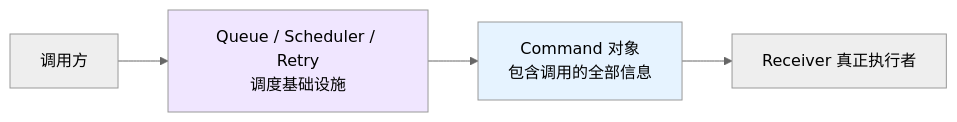
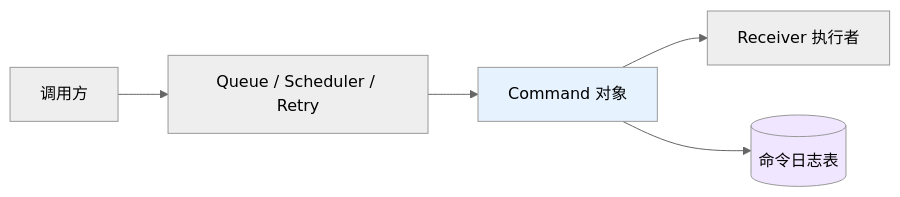
One commit to chongyang211/YCBookBlog changed the second of 7 diagrams in docs/08.编程/03.巧学设计模式/18.命令模式设计思想.md. Above: the diagram before and after it, drawn with Mermaid (neutral theme). The commit also changed other lines of this file and 13 other files, not shown here.

````diff
--- a/docs/08.编程/03.巧学设计模式/18.命令模式设计思想.md
+++ b/docs/08.编程/03.巧学设计模式/18.命令模式设计思想.md
@@ -180,8 +172,9 @@
 ```mermaid
 flowchart LR
-    C[调用方] --> Q[Queue / Scheduler / Retry<br/>调度基础设施]
-    Q --> Cmd[Command 对象<br/>包含调用的全部信息]
-    Cmd --> R[Receiver 真正执行者]
+    C[调用方] --> Q[Queue / Scheduler / Retry]
+    Q --> Cmd[Command 对象]
+    Cmd --> R[Receiver 执行者]
+    Cmd --> WAL[(命令日志表)]
     style Cmd fill:#e6f3ff
-    style Q fill:#f0e6ff
+    style WAL fill:#f0e6ff
 ```
````
